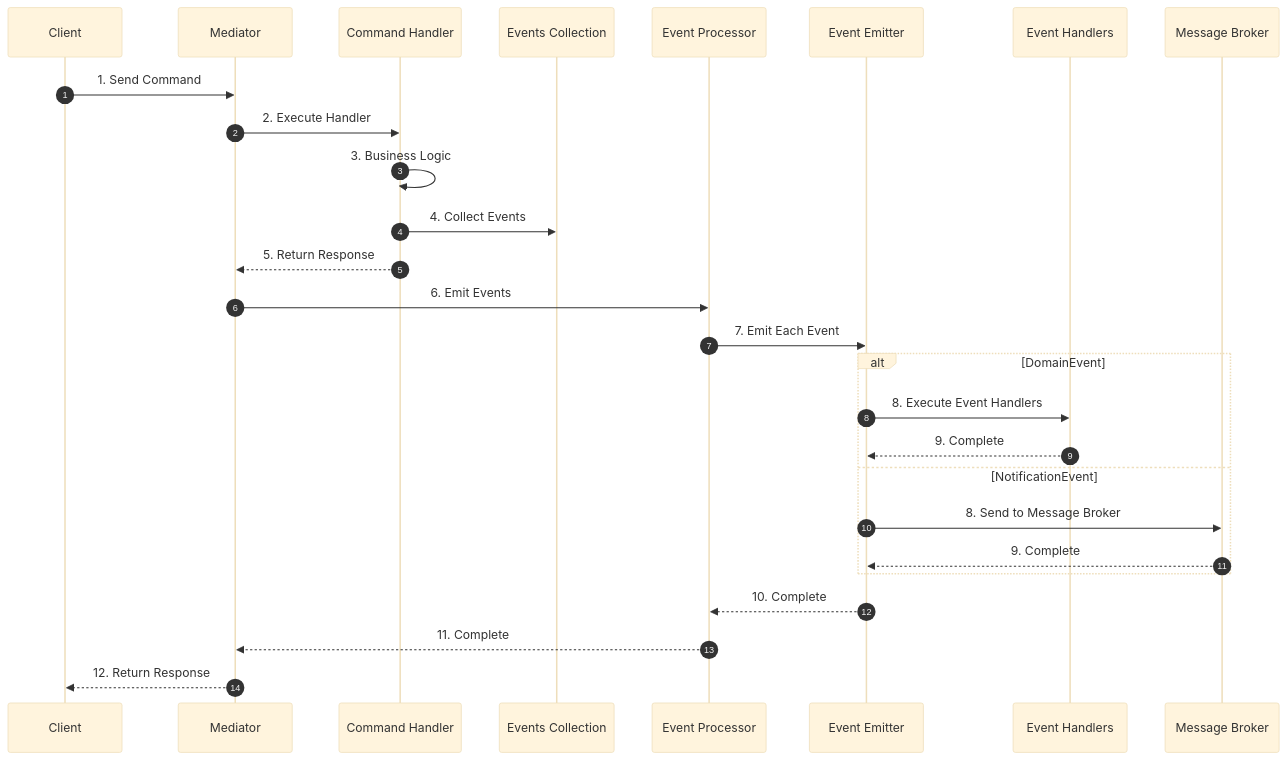
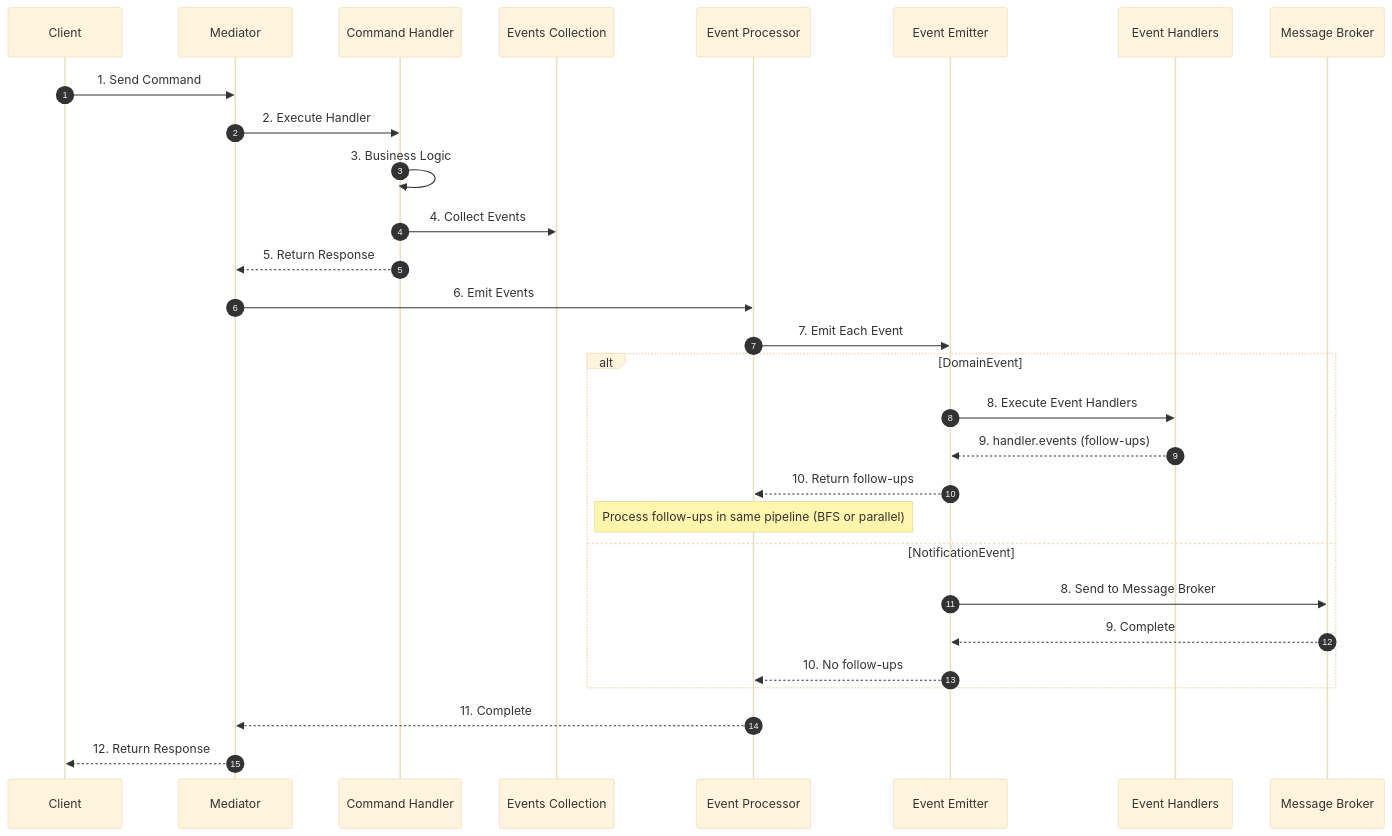
The first of 3 diagrams in docs/event_handler/event_flow.md (vadikko2/python-cqrs-mkdocs), drawn with Mermaid (base theme) before and after one commit. The commit also changed other lines of this file and 7 other files, not shown here.

````diff
--- a/docs/event_handler/event_flow.md
+++ b/docs/event_handler/event_flow.md
@@ -21,33 +21,35 @@
 ```mermaid
 sequenceDiagram
     autonumber
     participant Client
     participant Mediator
     participant Handler as Command Handler
     participant Events as Events Collection
     participant Processor as Event Processor
     participant Emitter as Event Emitter
     participant Handlers as Event Handlers
     participant Broker as Message Broker
 
     Client->>Mediator: 1. Send Command
     Mediator->>Handler: 2. Execute Handler
     Handler->>Handler: 3. Business Logic
     Handler->>Events: 4. Collect Events
     Handler-->>Mediator: 5. Return Response
     
     Mediator->>Processor: 6. Emit Events
     Processor->>Emitter: 7. Emit Each Event
     
     alt DomainEvent
         Emitter->>Handlers: 8. Execute Event Handlers
-        Handlers-->>Emitter: 9. Complete
+        Handlers-->>Emitter: 9. handler.events (follow-ups)
+        Emitter-->>Processor: 10. Return follow-ups
+        Note over Processor: Process follow-ups in same pipeline (BFS or parallel)
     else NotificationEvent
         Emitter->>Broker: 8. Send to Message Broker
         Broker-->>Emitter: 9. Complete
+        Emitter-->>Processor: 10. No follow-ups
     end
     
-    Emitter-->>Processor: 10. Complete
     Processor-->>Mediator: 11. Complete
     Mediator-->>Client: 12. Return Response
 ```
````
